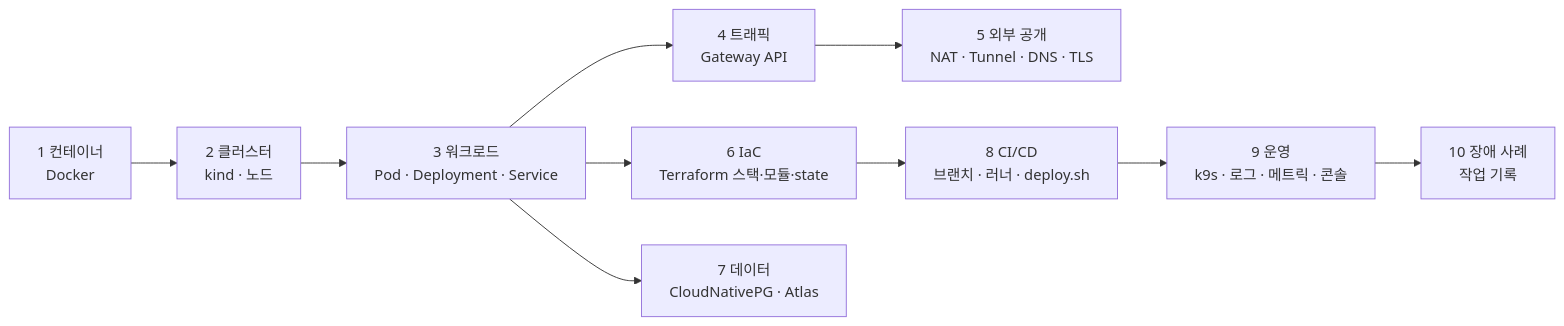
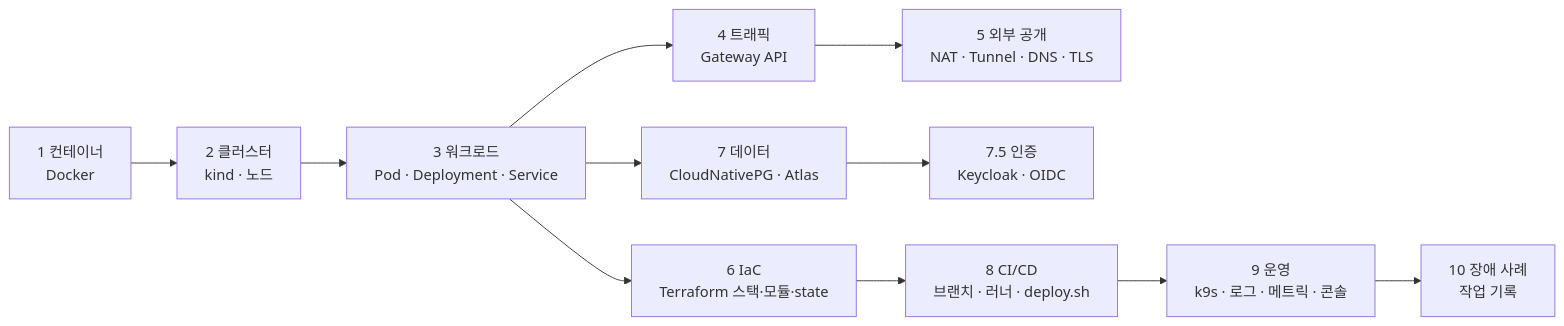
The diagram in docs/11-learning-guide.md (ParkSeWoo/claudharmony-infra), drawn with Mermaid before and after one commit. The commit also changed other lines of this file and 31 other files, not shown here.

````diff
--- a/docs/11-learning-guide.md
+++ b/docs/11-learning-guide.md
@@ -17,12 +17,13 @@
 ```mermaid
 flowchart LR
     S1[1 컨테이너<br/>Docker] --> S2[2 클러스터<br/>kind · 노드]
     S2 --> S3[3 워크로드<br/>Pod · Deployment · Service]
     S3 --> S4[4 트래픽<br/>Gateway API]
     S4 --> S5[5 외부 공개<br/>NAT · Tunnel · DNS · TLS]
     S3 --> S6[6 IaC<br/>Terraform 스택·모듈·state]
     S3 --> S7[7 데이터<br/>CloudNativePG · Atlas]
+    S7 --> S7B[7.5 인증<br/>Keycloak · OIDC]
     S6 --> S8[8 CI/CD<br/>브랜치 · 러너 · deploy.sh]
     S8 --> S9[9 운영<br/>k9s · 로그 · 메트릭 · 콘솔]
     S9 --> S10[10 장애 사례<br/>작업 기록]
 ```
````
